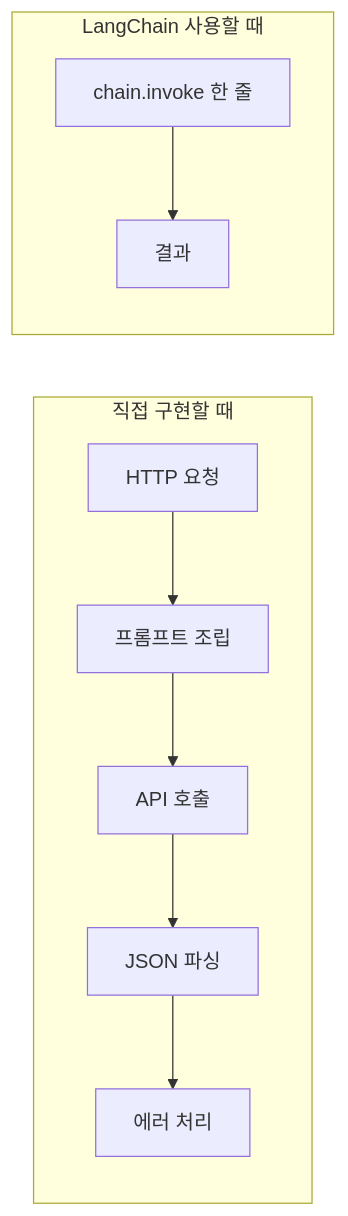
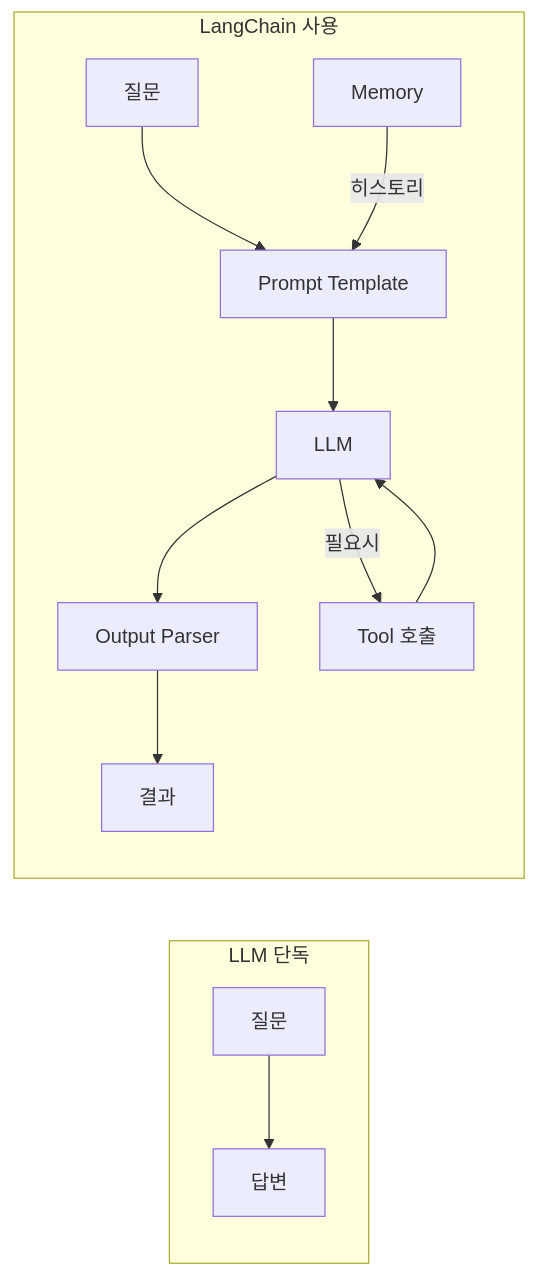
Before and after one commit to seungjun0502/ai-dev-notes: the first of 3 diagrams in langchain/deep-dive.md, drawn with Mermaid. The commit also changed other lines of this file, not shown here.

````diff
--- a/langchain/deep-dive.md
+++ b/langchain/deep-dive.md
@@ -18,12 +22,15 @@
 ```mermaid
 flowchart LR
-    subgraph 직접 구현할 때
-        A1[HTTP 요청] --> B1[프롬프트 조립]
-        B1 --> C1[API 호출]
-        C1 --> D1[JSON 파싱]
-        D1 --> E1[에러 처리]
+    subgraph LLM 단독
+        A[질문] --> B[답변]
     end
-    subgraph LangChain 사용할 때
-        A2[chain.invoke 한 줄] --> B2[결과]
+    subgraph LangChain 사용
+        C[질문] --> D[Prompt Template]
+        D --> E[LLM]
+        E --> F[Output Parser]
+        F --> G[결과]
+        E -- 필요시 --> H[Tool 호출]
+        H --> E
+        I[Memory] -- 히스토리 --> D
     end
 ```
````
